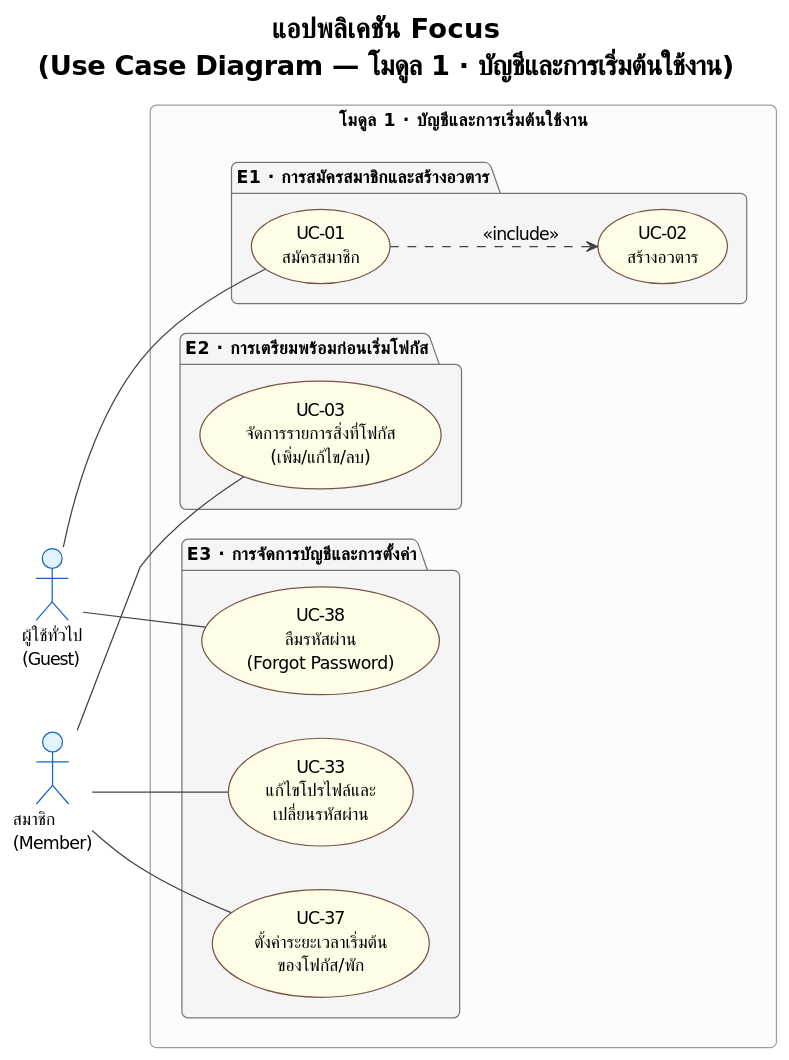
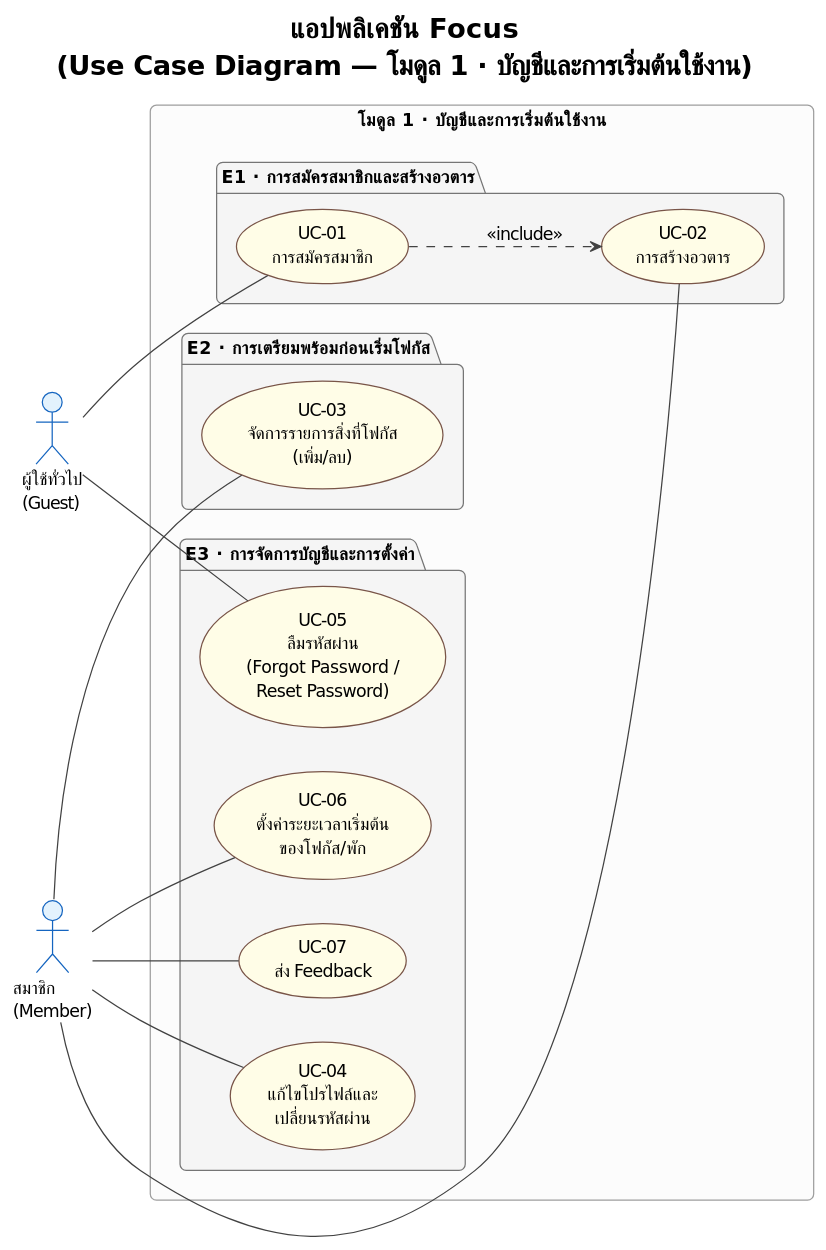
Before and after one commit to popotaroman-cloud/dssiprj-pad: the diagram in proposal/usecase/usecase_module1.puml, drawn with PlantUML. The commit also changed other lines of this file and 55 other files, not shown here.

```diff
--- a/proposal/usecase/usecase_module1.puml
+++ b/proposal/usecase/usecase_module1.puml
@@ -5,58 +5,66 @@
 @startuml usecase_module1
 !theme plain
 skinparam defaultFontName TH Sarabun New
 skinparam defaultFontSize 14
 skinparam roundcorner 10
 
 skinparam usecase {
   BackgroundColor #FFFDE7
   BorderColor #795548
 }
 skinparam actor {
   BackgroundColor #E3F2FD
   BorderColor #1565C0
 }
 skinparam package {
   BackgroundColor #F5F5F5
   BorderColor #757575
   FontStyle bold
 }
 skinparam rectangle {
   BackgroundColor #FCFCFC
   BorderColor #9E9E9E
 }
 skinparam ArrowColor #424242
 
 title <b>แอปพลิเคชัน Focus</b>\n(Use Case Diagram — โมดูล 1 · บัญชีและการเริ่มต้นใช้งาน)
 
 left to right direction
 
 actor "ผู้ใช้ทั่วไป\n(Guest)" as Guest
 actor "สมาชิก\n(Member)" as Member
 
 rectangle "โมดูล 1 · บัญชีและการเริ่มต้นใช้งาน" {
   package "E1 · การสมัครสมาชิกและสร้างอวตาร" {
-    usecase "UC-01\nสมัครสมาชิก" as UC01
-    usecase "UC-02\nสร้างอวตาร" as UC02
+    usecase "UC-01\nการสมัครสมาชิก" as UC01
+    usecase "UC-02\nการสร้างอวตาร" as UC02
   }
 
   package "E2 · การเตรียมพร้อมก่อนเริ่มโฟกัส" {
-    usecase "UC-03\nจัดการรายการสิ่งที่โฟกัส\n(เพิ่ม/แก้ไข/ลบ)" as UC03
+    usecase "UC-03\nจัดการรายการสิ่งที่โฟกัส\n(เพิ่ม/ลบ)" as UC03
   }
 
   package "E3 · การจัดการบัญชีและการตั้งค่า" {
-    usecase "UC-33\nแก้ไขโปรไฟล์และ\nเปลี่ยนรหัสผ่าน" as UC33
-    usecase "UC-38\nลืมรหัสผ่าน\n(Forgot Password)" as UC38
-    usecase "UC-37\nตั้งค่าระยะเวลาเริ่มต้น\nของโฟกัส/พัก" as UC37
+    usecase "UC-04\nแก้ไขโปรไฟล์และ\nเปลี่ยนรหัสผ่าน" as UC04
+    usecase "UC-05\nลืมรหัสผ่าน\n(Forgot Password /\nReset Password)" as UC05
+    usecase "UC-06\nตั้งค่าระยะเวลาเริ่มต้น\nของโฟกัส/พัก" as UC06
+    usecase "UC-07\nส่ง Feedback" as UC07
   }
 }
 
 Guest -- UC01
-Guest -- UC38
+Guest -- UC05
+Member -- UC02
 Member -- UC03
-Member -- UC33
-Member -- UC37
+Member -- UC04
+Member -- UC06
+Member -- UC07
 
 UC01 ..> UC02 : <<include>>
 
+' หมายเหตุ: UC-05 เกี่ยวข้องกับ UC-09 (เข้าสู่ระบบ, โมดูล 2) เป็นจุดเริ่มต้น/ปลายทางของ flow เชิงข้อมูลเท่านั้น
+' UC-06 ส่งผลต่อ UC-08 (โมดูล 2) เชิงข้อมูล pre-fill เท่านั้น
+' UC-07 ถูกใช้ต่อใน UC-27 (โมดูล 7) เชิงข้อมูลเท่านั้น
+' ทั้งหมดไม่ใช่ <<include>>/<<extend>> เชิง flow ตาม usecase_description.md จึงไม่วาดเส้นความสัมพันธ์ข้ามโมดูล
+
 @enduml
```
